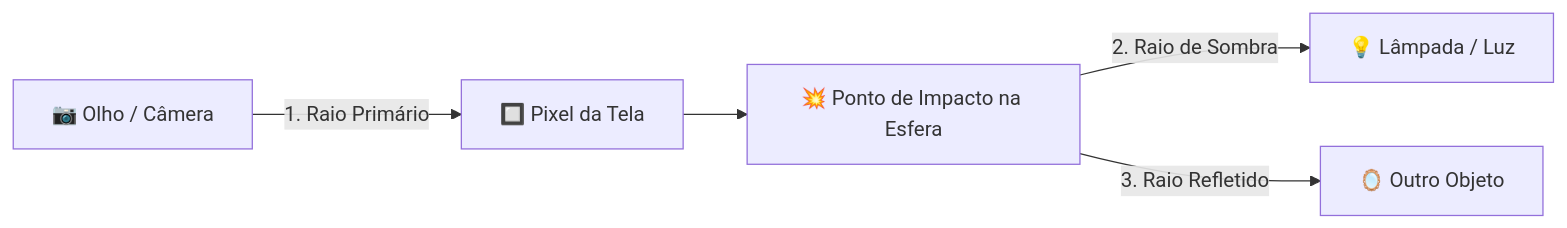
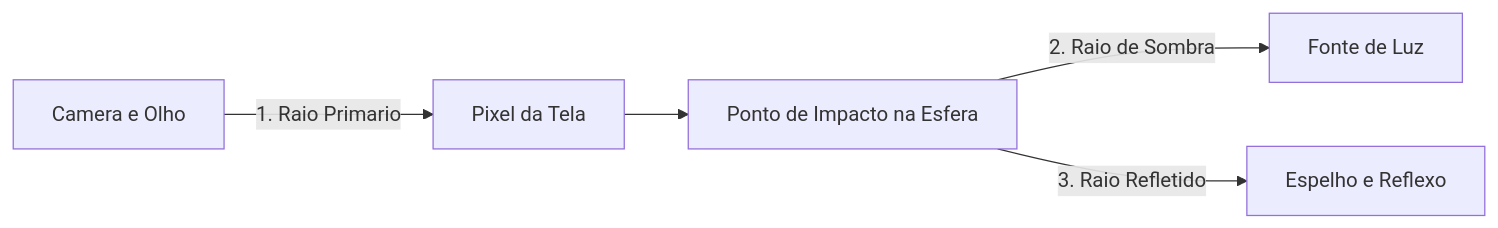
One commit to Gabriel-Freitas-S/CGPDI.StudyLab changed the diagram in docs/src/content/docs/raytracing/fundamentos-e-fisica-da-luz.md. Above: the diagram before and after it, drawn with Mermaid. The commit also changed other lines of this file and 35 other files, not shown here.

Commit message:
docs: aprimorar linguagem didatica e suporte nativo a diagramas Mermaid

````diff
--- a/docs/src/content/docs/raytracing/fundamentos-e-fisica-da-luz.md
+++ b/docs/src/content/docs/raytracing/fundamentos-e-fisica-da-luz.md
@@ -24,7 +19,7 @@
 ```mermaid
 graph LR
-    Camera["📷 Olho / Câmera"] -->|1. Raio Primário| Pixel["🔲 Pixel da Tela"]
-    Pixel --> HitPoint["💥 Ponto de Impacto na Esfera"]
-    HitPoint -->|2. Raio de Sombra| Light["💡 Lâmpada / Luz"]
-    HitPoint -->|3. Raio Refletido| Mirror["🪞 Outro Objeto"]
+    Camera[Camera e Olho] -->|1. Raio Primario| Pixel[Pixel da Tela]
+    Pixel --> HitPoint[Ponto de Impacto na Esfera]
+    HitPoint -->|2. Raio de Sombra| Light[Fonte de Luz]
+    HitPoint -->|3. Raio Refletido| Mirror[Espelho e Reflexo]
 ```
````
